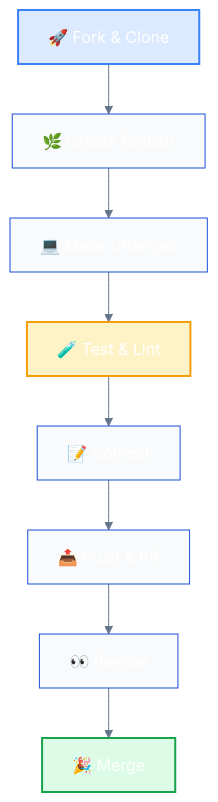
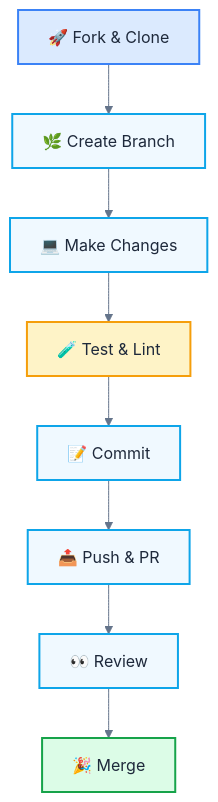
One commit to alexmarco/ls-tree changed the first of 3 diagrams in CONTRIBUTING.md. Above: the diagram before and after it, drawn with Mermaid. The commit also changed other lines of this file, not shown here.

First line of the commit message:
fix(docs): improve Mermaid diagram contrast and readability

````diff
--- a/CONTRIBUTING.md
+++ b/CONTRIBUTING.md
@@ -74,15 +73,20 @@
 ```mermaid
-%%{init: {'theme':'base', 'themeVariables': { 'primaryColor': '#2563eb', 'primaryTextColor': '#ffffff', 'primaryBorderColor': '#1d4ed8', 'lineColor': '#64748b', 'secondaryColor': '#f1f5f9', 'tertiaryColor': '#e2e8f0', 'background': '#ffffff', 'mainBkg': '#f8fafc', 'secondBkg': '#f1f5f9', 'tertiaryBkg': '#e2e8f8'}}}%%
+%%{init: {'theme':'base', 'themeVariables': { 'primaryColor': '#2563eb', 'primaryTextColor': '#1e293b', 'primaryBorderColor': '#1d4ed8', 'lineColor': '#64748b', 'secondaryColor': '#f8fafc', 'tertiaryColor': '#e2e8f0', 'background': '#ffffff', 'mainBkg': '#ffffff', 'secondBkg': '#f8fafc', 'tertiaryBkg': '#f1f5f9'}}}%%
 graph TD
     A[🚀 Fork & Clone] --> B[🌿 Create Branch]
     B --> C[💻 Make Changes]
     C --> D[🧪 Test & Lint]
     D --> E[📝 Commit]
     E --> F[📤 Push & PR]
     F --> G[👀 Review]
     G --> H[🎉 Merge]
     
-    style A fill:#dbeafe,stroke:#3b82f6,stroke-width:2px
-    style H fill:#dcfce7,stroke:#16a34a,stroke-width:2px
-    style D fill:#fef3c7,stroke:#f59e0b,stroke-width:2px
+    style A fill:#dbeafe,stroke:#3b82f6,stroke-width:2px,color:#1e293b
+    style B fill:#f0f9ff,stroke:#0ea5e9,stroke-width:2px,color:#1e293b
+    style C fill:#f0f9ff,stroke:#0ea5e9,stroke-width:2px,color:#1e293b
+    style D fill:#fef3c7,stroke:#f59e0b,stroke-width:2px,color:#1e293b
+    style E fill:#f0f9ff,stroke:#0ea5e9,stroke-width:2px,color:#1e293b
+    style F fill:#f0f9ff,stroke:#0ea5e9,stroke-width:2px,color:#1e293b
+    style G fill:#f0f9ff,stroke:#0ea5e9,stroke-width:2px,color:#1e293b
+    style H fill:#dcfce7,stroke:#16a34a,stroke-width:2px,color:#1e293b
 ```
````
